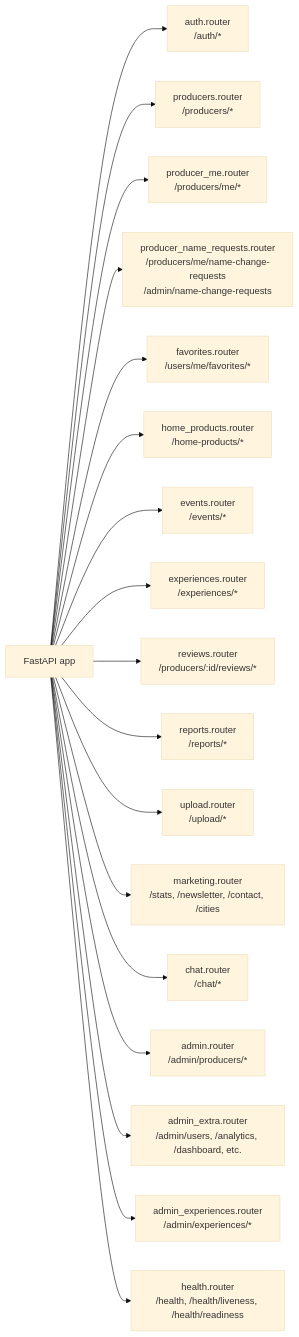
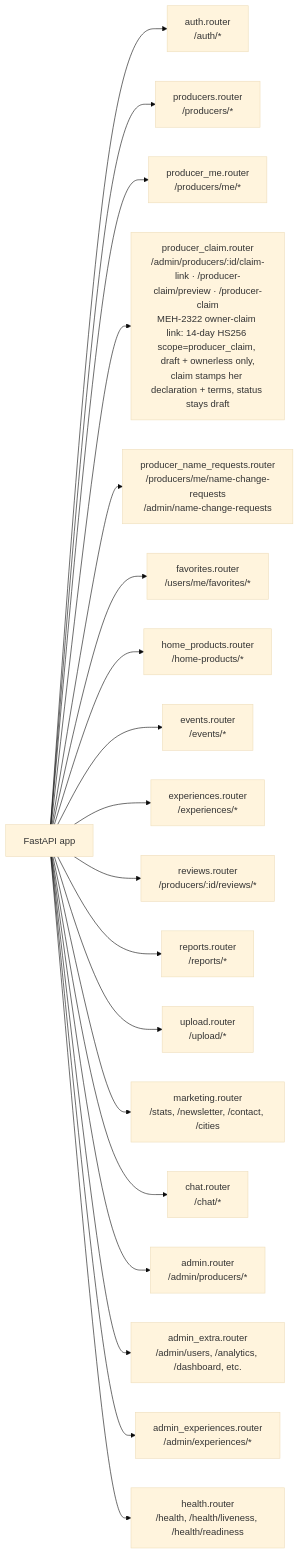
Before and after one commit to levismadar80-ship-it/FoodMamkor: the first of 7 diagrams in .ai/diagrams/api-routes.md, drawn with Mermaid (base theme). The commit also changed other lines of this file and 8 other files, not shown here.

First line of the commit message:
feat(claim): owner-claim link backend — RED construction (every guard removed on purpose)

````diff
--- a/.ai/diagrams/api-routes.md
+++ b/.ai/diagrams/api-routes.md
@@ -17,20 +17,21 @@
 ```mermaid
 graph LR
     App[FastAPI app] --> Auth[auth.router<br/>/auth/*]
     App --> Producers[producers.router<br/>/producers/*]
     App --> ProducerMe[producer_me.router<br/>/producers/me/*]
+    App --> ProducerClaim[producer_claim.router<br/>/admin/producers/:id/claim-link · /producer-claim/preview · /producer-claim<br/>MEH-2322 owner-claim link: 14-day HS256 scope=producer_claim, draft + ownerless only,<br/>claim stamps her declaration + terms, status stays draft]
     App --> NameRequests[producer_name_requests.router<br/>/producers/me/name-change-requests<br/>/admin/name-change-requests]
     App --> Favorites[favorites.router<br/>/users/me/favorites/*]
     App --> HomeProducts[home_products.router<br/>/home-products/*]
     App --> Events[events.router<br/>/events/*]
     App --> Experiences[experiences.router<br/>/experiences/*]
     App --> Reviews[reviews.router<br/>/producers/:id/reviews/*]
     App --> Reports[reports.router<br/>/reports/*]
     App --> Upload[upload.router<br/>/upload/*]
     App --> Marketing[marketing.router<br/>/stats, /newsletter, /contact, /cities]
     App --> Chat[chat.router<br/>/chat/*]
     App --> Admin[admin.router<br/>/admin/producers/*]
     App --> AdminExtra[admin_extra.router<br/>/admin/users, /analytics, /dashboard, etc.]
     App --> AdminExperiences[admin_experiences.router<br/>/admin/experiences/*]
     App --> Health[health.router<br/>/health, /health/liveness, /health/readiness]
 ```
````
